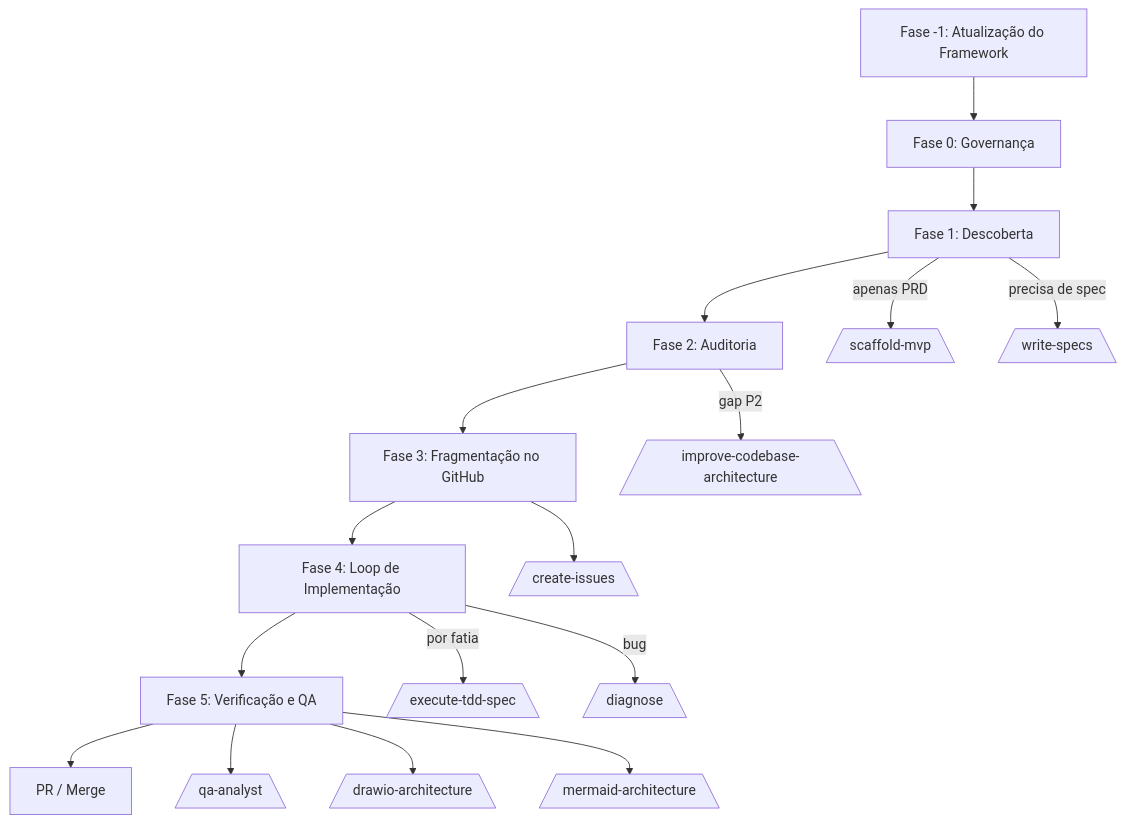
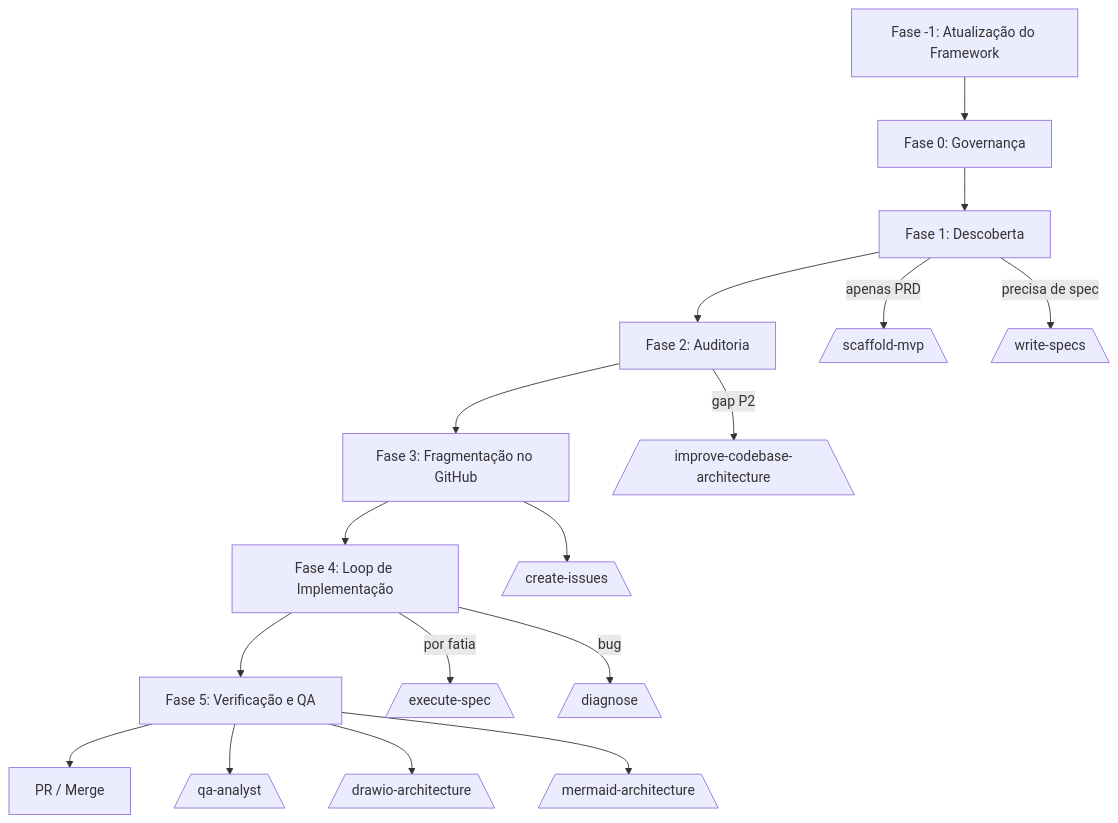
One commit to afonsoft/skills changed the diagram in README.pt-br.md. Above: the diagram before and after it, drawn with Mermaid. The commit also changed other lines of this file and 38 other files, not shown here.

First line of the commit message:
refactor(skills): rename execute-tdd-spec to execute-spec and bump minor versions

````diff
--- a/README.pt-br.md
+++ b/README.pt-br.md
@@ -99,20 +99,20 @@
 ```mermaid
 flowchart TD
     A[Fase -1: Atualização do Framework] --> B[Fase 0: Governança]
     B --> C[Fase 1: Descoberta]
     C --> D[Fase 2: Auditoria]
     D --> E[Fase 3: Fragmentação no GitHub]
     E --> F[Fase 4: Loop de Implementação]
     F --> G[Fase 5: Verificação e QA]
     G --> H[PR / Merge]
 
     C -->|apenas PRD| I[/scaffold-mvp\]
     C -->|precisa de spec| J[/write-specs\]
     D -->|gap P2| K[/improve-codebase-architecture\]
     E --> L[/create-issues\]
-    F -->|por fatia| M[/execute-tdd-spec\]
+    F -->|por fatia| M[/execute-spec\]
     F -->|bug| N[/diagnose\]
     G --> O[/qa-analyst\]
     G --> P[/drawio-architecture\]
     G --> Q[/mermaid-architecture\]
 ```
````
